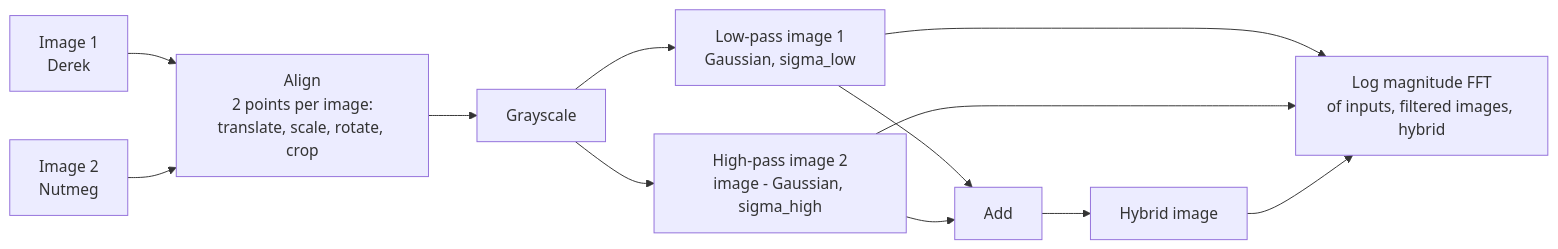
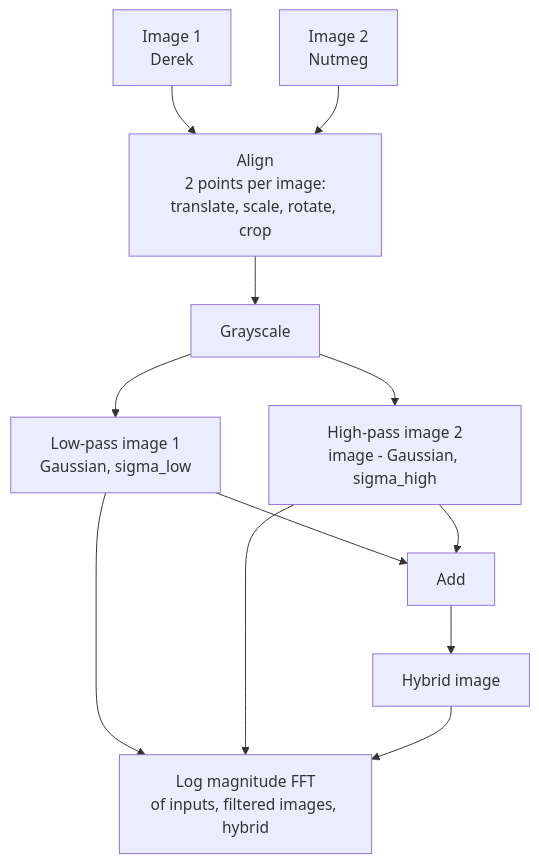
Before and after one commit to GabeCasciano/SYDE671: the diagram in website/_assignments/assignment-2.md, drawn with Mermaid. The commit also changed 2 other files, not shown here.

Commit message:
Make the hybrid flow chart larger and easier to read

````diff
--- a/website/_assignments/assignment-2.md
+++ b/website/_assignments/assignment-2.md
@@ -334,14 +334,14 @@
 ```mermaid
-flowchart LR
+flowchart TD
   A[Image 1<br/>Derek] --> C[Align<br/>2 points per image:<br/>translate, scale, rotate, crop]
   B[Image 2<br/>Nutmeg] --> C
   C --> D[Grayscale]
   D --> E[Low-pass image 1<br/>Gaussian, sigma_low]
   D --> F[High-pass image 2<br/>image - Gaussian, sigma_high]
   E --> G[Add]
   F --> G
   G --> H[Hybrid image]
   E --> I[Log magnitude FFT<br/>of inputs, filtered images, hybrid]
   F --> I
   H --> I
 ```
````
